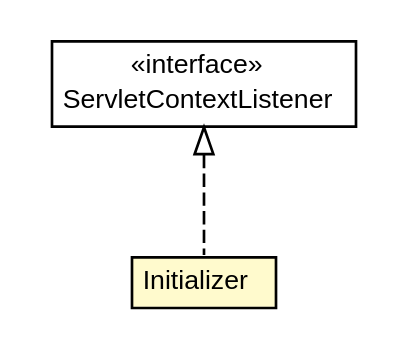
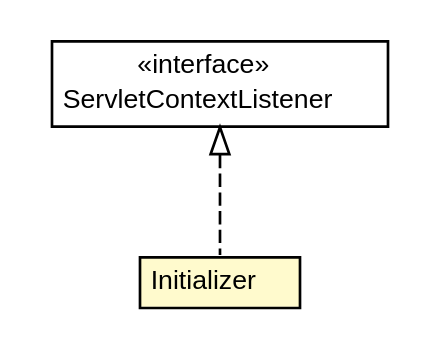
One commit to trajano/jaspic-tester changed the diagram in apidocs/net/trajano/auth/Initializer.dot. Above: the diagram before and after it, drawn with Graphviz. The commit also changed 109 other files, not shown here.

```diff
--- a/apidocs/net/trajano/auth/Initializer.dot
+++ b/apidocs/net/trajano/auth/Initializer.dot
@@ -1,27 +1,27 @@
 #!/usr/local/bin/dot
 #
 # Class diagram 
 # Generated by UMLGraph version R5_6-24-gf6e263 (http://www.umlgraph.org/)
 #
 
 digraph G {
-	edge [fontname="arial",fontsize=10,labelfontname="arial",labelfontsize=10];
-	node [fontname="arial",fontsize=10,shape=plaintext];
+	edge [fontname="Helvetica",fontsize=10,labelfontname="Helvetica",labelfontsize=10];
+	node [fontname="Helvetica",fontsize=10,shape=plaintext];
 	nodesep=0.25;
 	ranksep=0.5;
 	// net.trajano.auth.Initializer
-	c29 [label=<<table title="net.trajano.auth.Initializer" border="0" cellborder="1" cellspacing="0" cellpadding="2" port="p" bgcolor="lemonChiffon" href="./Initializer.html">
+	c28 [label=<<table title="net.trajano.auth.Initializer" border="0" cellborder="1" cellspacing="0" cellpadding="2" port="p" bgcolor="lemonChiffon" href="./Initializer.html">
 		<tr><td><table border="0" cellspacing="0" cellpadding="1">
 <tr><td align="center" balign="center"> Initializer </td></tr>
 		</table></td></tr>
-		</table>>, URL="./Initializer.html", fontname="arial", fontcolor="black", fontsize=10.0];
+		</table>>, URL="./Initializer.html", fontname="Helvetica", fontcolor="black", fontsize=10.0];
 	//net.trajano.auth.Initializer implements javax.servlet.ServletContextListener
-	c33:p -> c29:p [dir=back,arrowtail=empty,style=dashed];
+	c33:p -> c28:p [dir=back,arrowtail=empty,style=dashed];
 	// javax.servlet.ServletContextListener
 	c33 [label=<<table title="javax.servlet.ServletContextListener" border="0" cellborder="1" cellspacing="0" cellpadding="2" port="p" href="http://java.sun.com/j2se/1.4.2/docs/api/javax/servlet/ServletContextListener.html">
 		<tr><td><table border="0" cellspacing="0" cellpadding="1">
 <tr><td align="center" balign="center"> &#171;interface&#187; </td></tr>
 <tr><td align="center" balign="center"> ServletContextListener </td></tr>
 		</table></td></tr>
-		</table>>, URL="http://java.sun.com/j2se/1.4.2/docs/api/javax/servlet/ServletContextListener.html", fontname="arial", fontcolor="black", fontsize=10.0];
+		</table>>, URL="http://java.sun.com/j2se/1.4.2/docs/api/javax/servlet/ServletContextListener.html", fontname="Helvetica", fontcolor="black", fontsize=10.0];
 }
```
